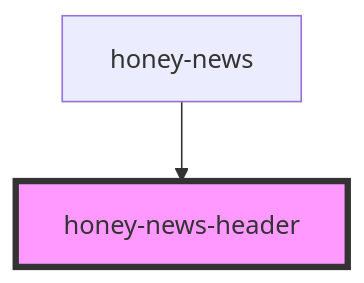
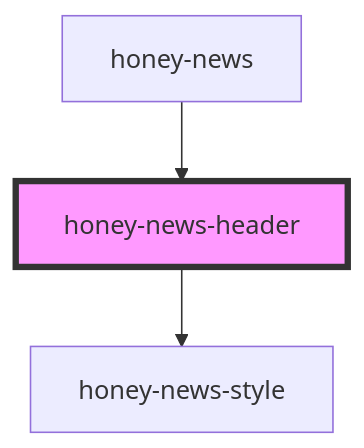
The diagram in src/components/honey-news/header/readme.md (Huluvu424242/honey-news), drawn with Mermaid before and after one commit. The commit also changed other lines of this file and 30 other files, not shown here.

````diff
--- a/src/components/honey-news/header/readme.md
+++ b/src/components/honey-news/header/readme.md
@@ -15,5 +19,6 @@
 ```mermaid
 graph TD;
+  honey-news-header --> honey-news-style
   honey-news --> honey-news-header
   style honey-news-header fill:#f9f,stroke:#333,stroke-width:4px
 ```
````
